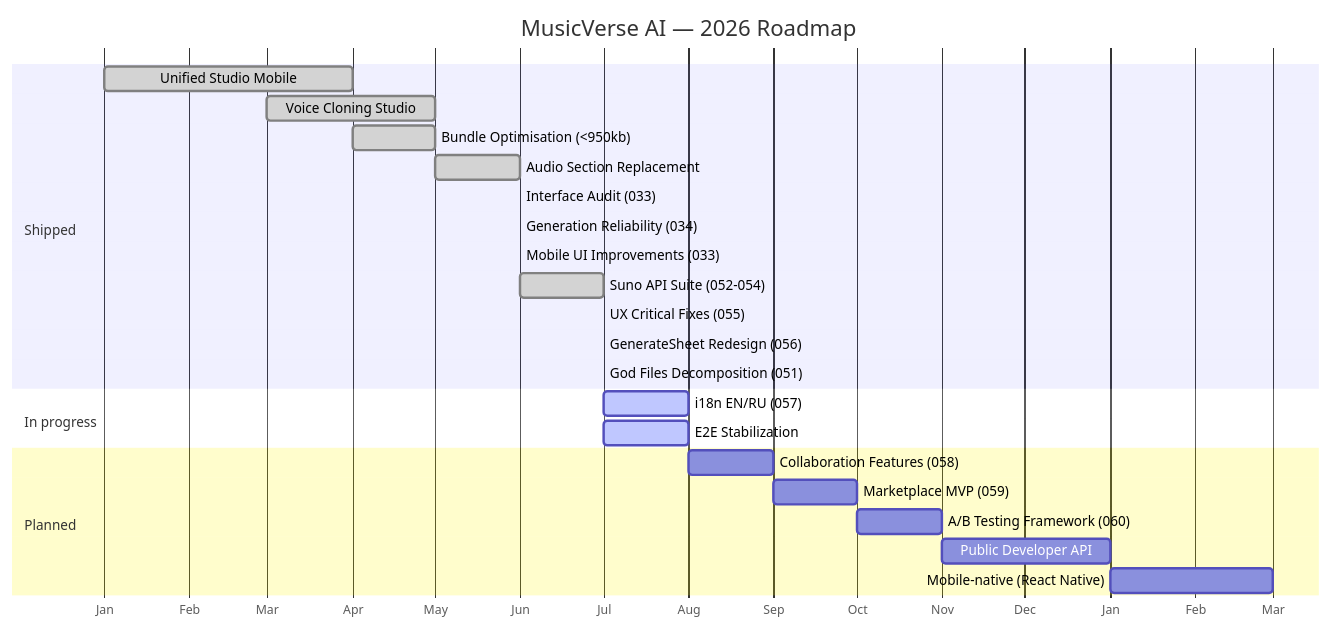
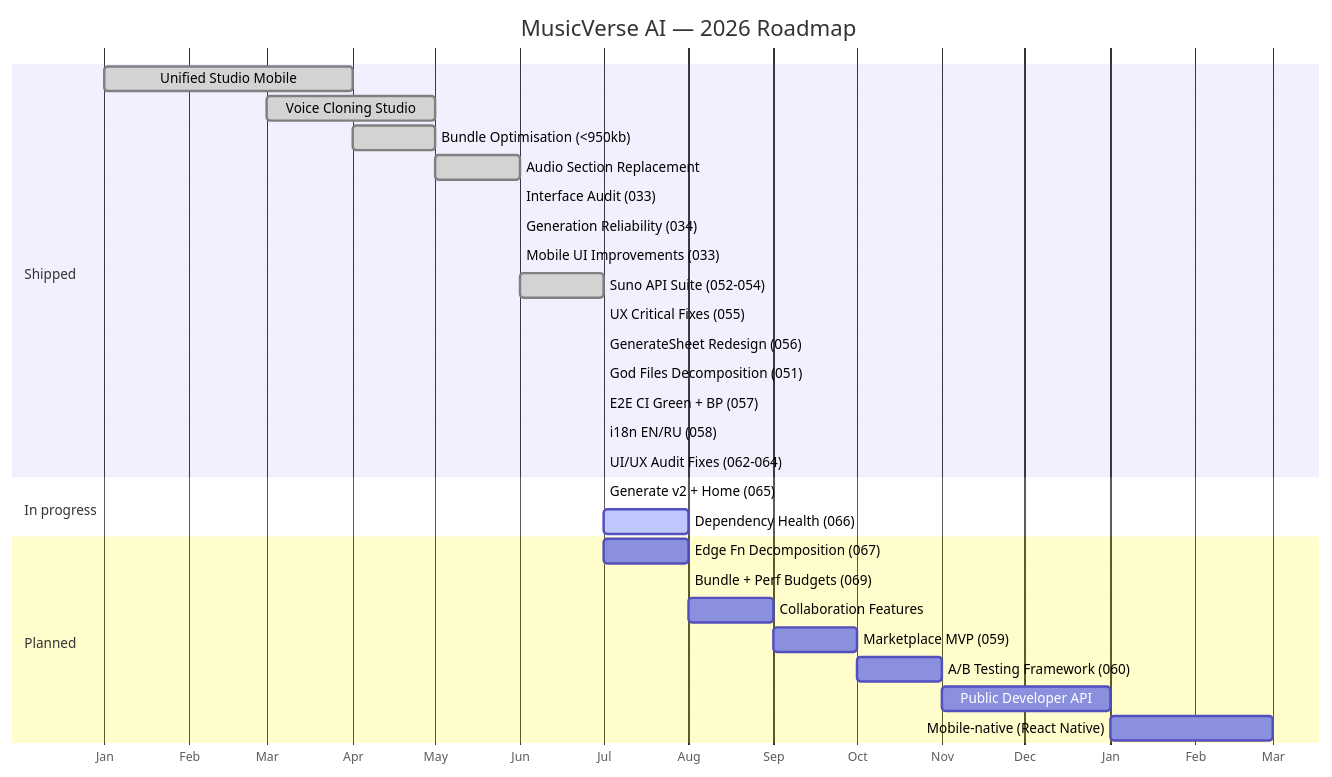
One commit to HOW2AI-AGENCY/aimusicverse changed the diagram in ROADMAP.md. Above: the diagram before and after it, drawn with Mermaid. The commit also changed other lines of this file and 5 other files, not shown here.

````diff
--- a/ROADMAP.md
+++ b/ROADMAP.md
@@ -27,27 +27,32 @@
 ```mermaid
 gantt
     title MusicVerse AI — 2026 Roadmap
     dateFormat YYYY-MM
     axisFormat %b
     section Shipped
     Unified Studio Mobile        :done, 2026-01, 2026-04
     Voice Cloning Studio         :done, 2026-03, 2026-05
     Bundle Optimisation (<950kb) :done, 2026-04, 2026-05
     Audio Section Replacement    :done, 2026-05, 2026-06
     Interface Audit (033)        :done, 2026-06, 2026-06
     Generation Reliability (034) :done, 2026-06, 2026-06
     Mobile UI Improvements (033) :done, 2026-06, 2026-06
     Suno API Suite (052-054)     :done, 2026-06, 2026-07
     UX Critical Fixes (055)      :done, 2026-07, 2026-07
     GenerateSheet Redesign (056) :done, 2026-07, 2026-07
     God Files Decomposition (051):done, 2026-07, 2026-07
+    E2E CI Green + BP (057)      :done, 2026-07, 2026-07
+    i18n EN/RU (058)             :done, 2026-07, 2026-07
+    UI/UX Audit Fixes (062-064)  :done, 2026-07, 2026-07
     section In progress
-    i18n EN/RU (057)             :active, 2026-07, 2026-08
-    E2E Stabilization            :active, 2026-07, 2026-08
+    Generate v2 + Home (065)     :active, 2026-07, 2026-07
+    Dependency Health (066)      :active, 2026-07, 2026-08
     section Planned
-    Collaboration Features (058) : 2026-08, 2026-09
+    Edge Fn Decomposition (067)  : 2026-07, 2026-08
+    Bundle + Perf Budgets (069)  : 2026-08, 2026-08
+    Collaboration Features       : 2026-08, 2026-09
     Marketplace MVP (059)        : 2026-09, 2026-10
     A/B Testing Framework (060)  : 2026-10, 2026-11
     Public Developer API         : 2026-11, 2027-01
     Mobile-native (React Native) : 2027-01, 2027-03
 ```
````
